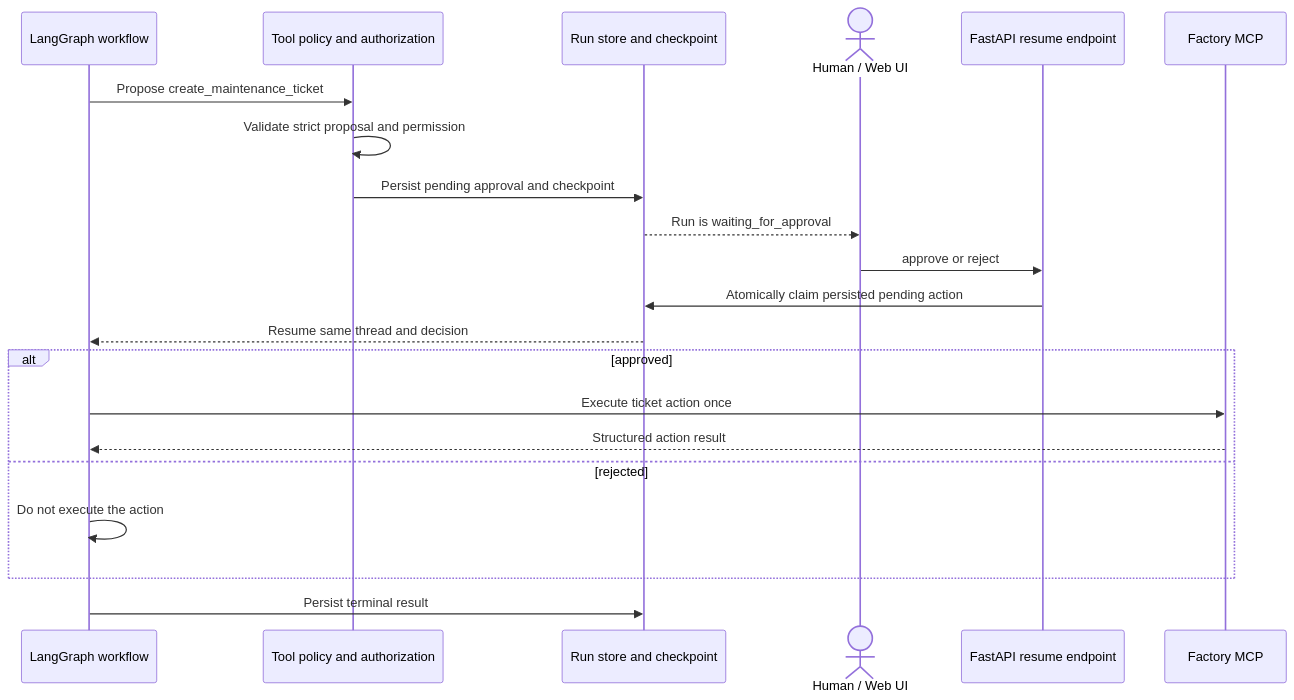
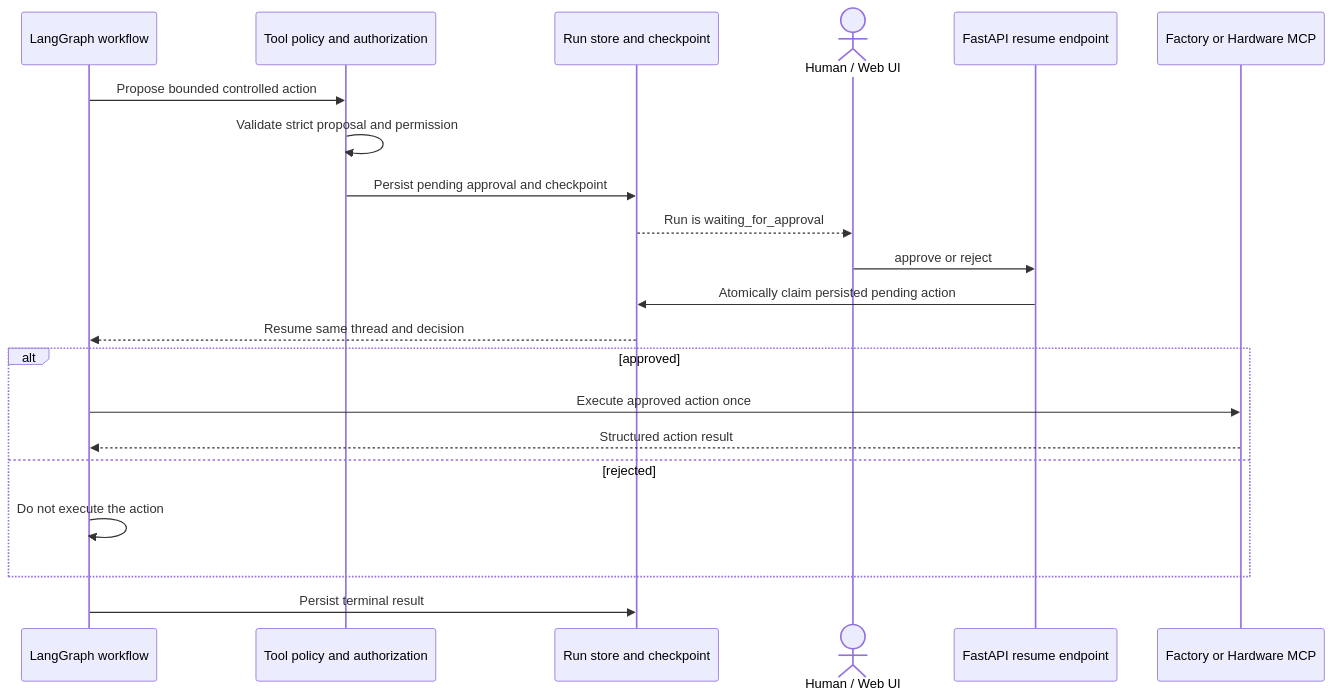
Diagram 18 of 19 in docs/architecture/overview.md (aboerzel/industrial-ai-agent), drawn with Mermaid before and after one commit. The commit also changed other lines of this file and 18 other files, not shown here.

````diff
--- a/docs/architecture/overview.md
+++ b/docs/architecture/overview.md
@@ -1108,24 +1116,24 @@
 ```mermaid
 sequenceDiagram
     participant Agent as LangGraph workflow
     participant Policy as Tool policy and authorization
     participant Store as Run store and checkpoint
     actor Human as Human / Web UI
     participant Resume as FastAPI resume endpoint
-    participant Factory as Factory MCP
+    participant Action as Factory or Hardware MCP
 
-    Agent->>Policy: Propose create_maintenance_ticket
+    Agent->>Policy: Propose bounded controlled action
     Policy->>Policy: Validate strict proposal and permission
     Policy->>Store: Persist pending approval and checkpoint
     Store-->>Human: Run is waiting_for_approval
     Human->>Resume: approve or reject
     Resume->>Store: Atomically claim persisted pending action
     Store-->>Agent: Resume same thread and decision
     alt approved
-        Agent->>Factory: Execute ticket action once
-        Factory-->>Agent: Structured action result
+        Agent->>Action: Execute approved action once
+        Action-->>Agent: Structured action result
     else rejected
         Agent->>Agent: Do not execute the action
     end
     Agent->>Store: Persist terminal result
 ```
````
